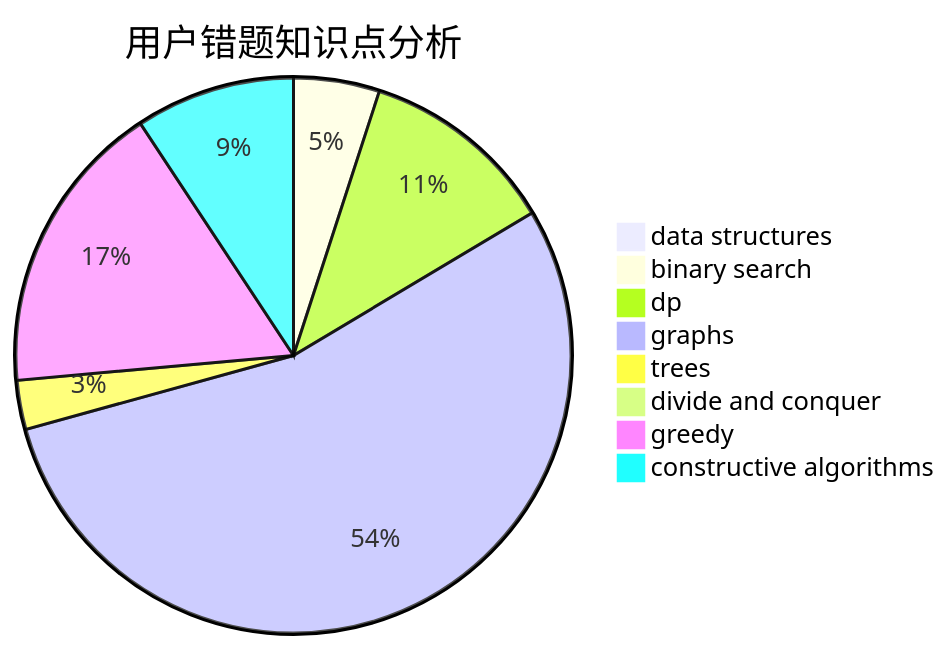
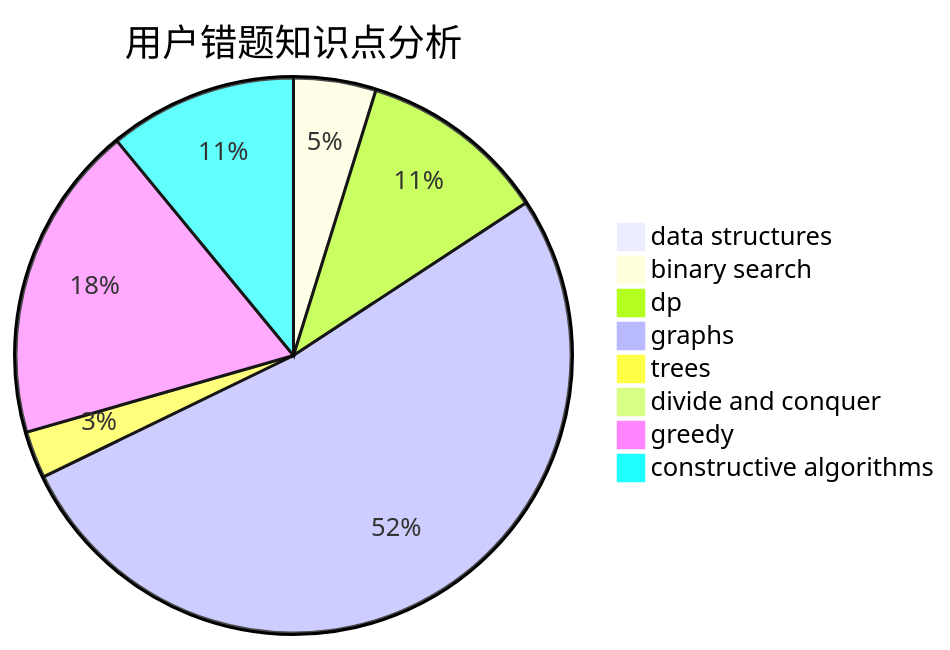
Before and after one commit to sherpahu/cfrs.github.io: the third of 3 diagrams in docs/user/u2639.md, drawn with Mermaid. The commit also changed other lines of this file and 2770 other files, not shown here.

````diff
--- a/docs/user/u2639.md
+++ b/docs/user/u2639.md
@@ -36,11 +36,11 @@
 ```mermaid
 pie title 用户错题知识点分析
     "data structures" :  1
     "binary search" :  7
     "dp" :  16
     "graphs" :  76
     "trees" :  4
     "divide and conquer" :  0
-    "greedy" :  24
-    "constructive algorithms" :  13
+    "greedy" :  27
+    "constructive algorithms" :  16
 ```
````
